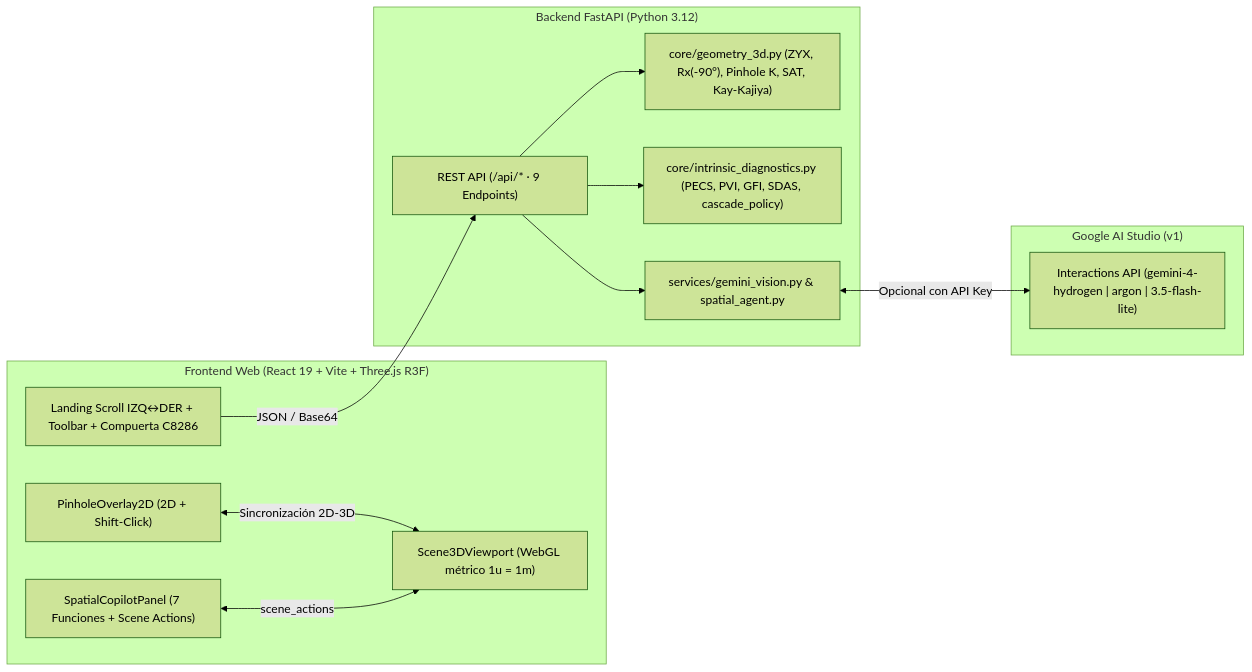
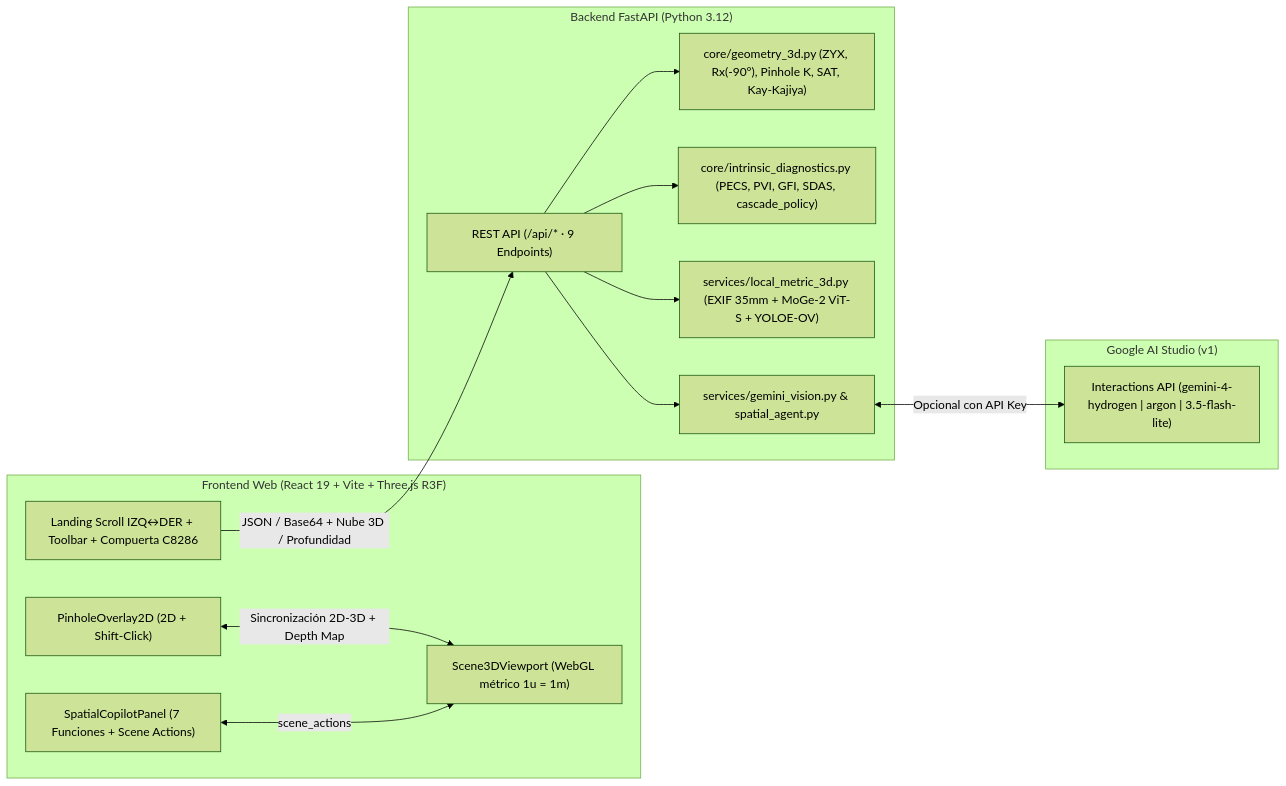
The diagram in README.md (dariohuerta84/MyLeenTo3), drawn with Mermaid (forest theme) before and after one commit. The commit also changed other lines of this file and 13 other files, not shown here.

Commit message:
feat(3d-local): integrate GPU MoGe-2 + YOLOE-OV metric 3D reconstruction, EXIF FOV & Three.js point cloud

````diff
--- a/README.md
+++ b/README.md
@@ -102,28 +103,30 @@
 ```mermaid
 flowchart LR
     subgraph Client["Frontend Web (React 19 + Vite + Three.js R3F)"]
         UI["Landing Scroll IZQ↔DER + Toolbar + Compuerta C8286"]
         V2D["PinholeOverlay2D (2D + Shift-Click)"]
         V3D["Scene3DViewport (WebGL métrico 1u = 1m)"]
         COP["SpatialCopilotPanel (7 Funciones + Scene Actions)"]
     end
 
     subgraph Backend["Backend FastAPI (Python 3.12)"]
         API["REST API (/api/* · 9 Endpoints)"]
         GEO["core/geometry_3d.py (ZYX, Rx(-90°), Pinhole K, SAT, Kay-Kajiya)"]
         DIA["core/intrinsic_diagnostics.py (PECS, PVI, GFI, SDAS, cascade_policy)"]
+        L3D["services/local_metric_3d.py (EXIF 35mm + MoGe-2 ViT-S + YOLOE-OV)"]
         SVC["services/gemini_vision.py & spatial_agent.py"]
     end
 
     subgraph Cloud["Google AI Studio (v1)"]
         INT["Interactions API (gemini-4-hydrogen | argon | 3.5-flash-lite)"]
     end
 
-    UI -->|JSON / Base64| API
-    V2D <-->|Sincronización 2D-3D| V3D
+    UI -->|JSON / Base64 + Nube 3D / Profundidad| API
+    V2D <-->|Sincronización 2D-3D + Depth Map| V3D
     COP <-->|scene_actions| V3D
     API --> GEO
     API --> DIA
+    API --> L3D
     API --> SVC
     SVC <-->|Opcional con API Key| INT
 ```
````
